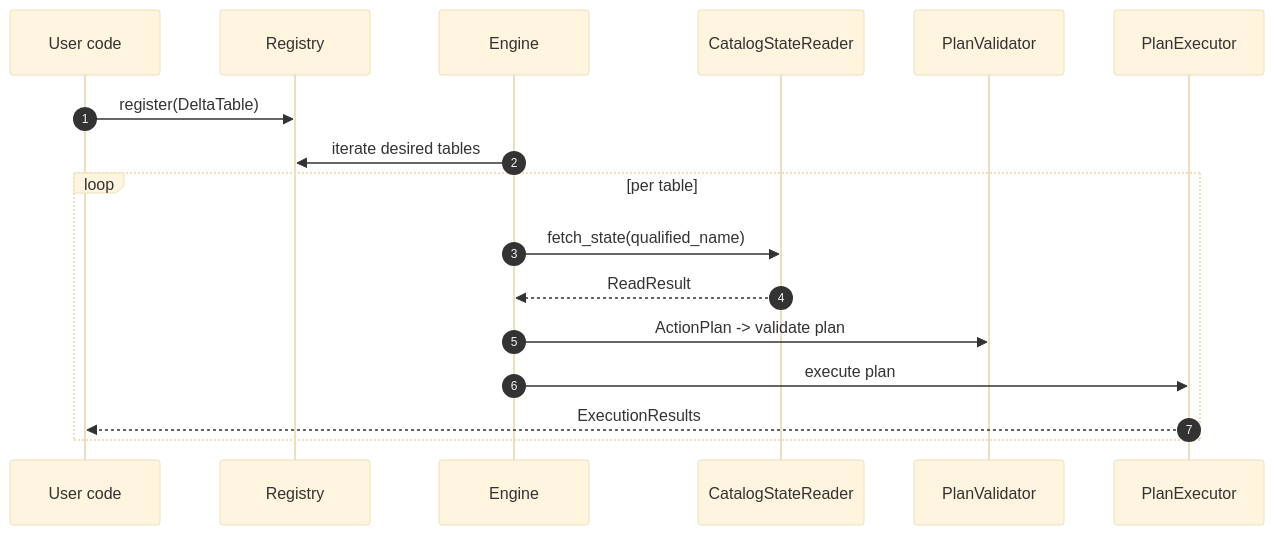
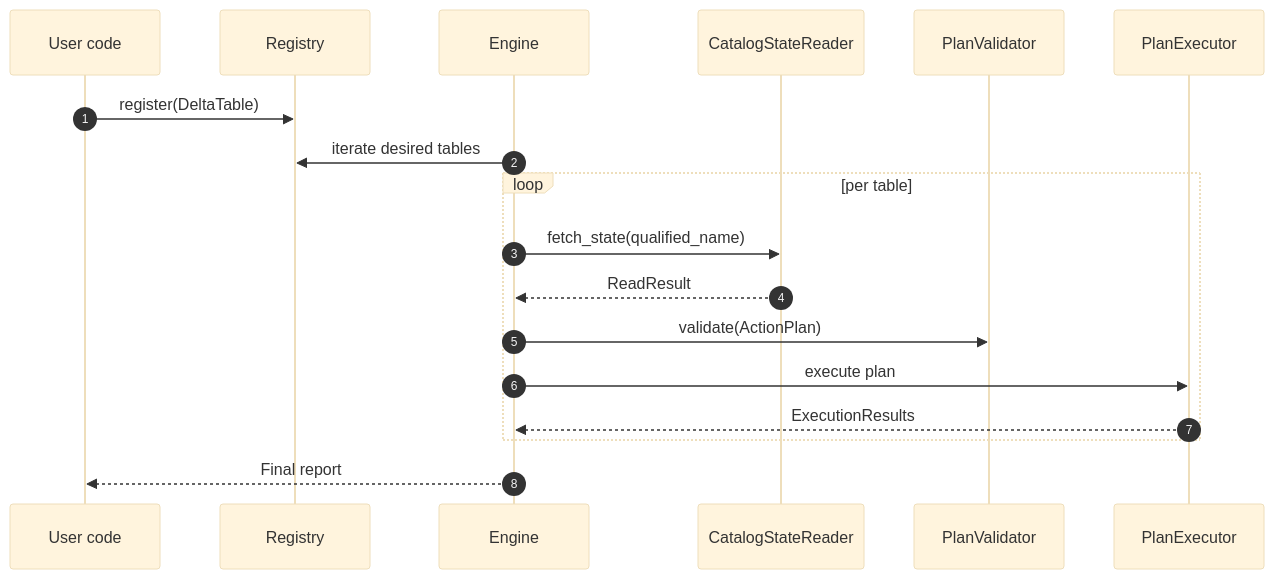
The second of 2 diagrams in delta-engine/docs/architecture.md (Tomoscorbin/delta-engine), drawn with Mermaid (base theme) before and after one commit.

````diff
--- a/delta-engine/docs/architecture.md
+++ b/delta-engine/docs/architecture.md
@@ -72,20 +72,24 @@
 ```mermaid
 sequenceDiagram
     autonumber
     participant U as User code
     participant R as Registry
     participant E as Engine
     participant CR as CatalogStateReader
     participant V as PlanValidator
     participant X as PlanExecutor
 
     U->>R: register(DeltaTable)
     E->>R: iterate desired tables
+
     loop per table
         E->>CR: fetch_state(qualified_name)
         CR-->>E: ReadResult
-        E->>V: ActionPlan  -> validate plan
+        E->>V: validate(ActionPlan)
         E->>X: execute plan
-        X-->>U: ExecutionResults
+        X-->>E: ExecutionResults
     end
+
+    E-->>U: Final report
+
 ```
````
